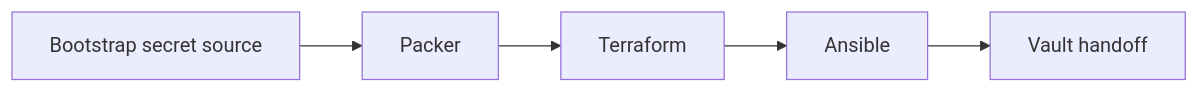
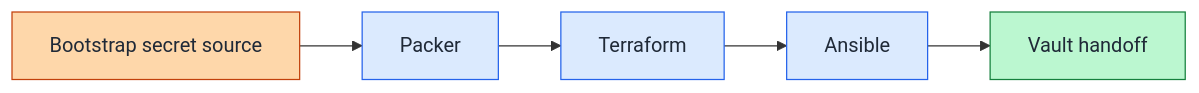
One commit to Rexus/homelab changed the second of 2 diagrams in docs/architecture/overview.md. Above: the diagram before and after it, drawn with Mermaid. The commit also changed other lines of this file and 22 other files, not shown here.

````diff
--- a/docs/architecture/overview.md
+++ b/docs/architecture/overview.md
@@ -81,7 +81,15 @@
 ```mermaid
 flowchart LR
   A["Bootstrap secret source"] --> B["Packer"]
   B --> C["Terraform"]
   C --> D["Ansible"]
   D --> E["Vault handoff"]
+
+  classDef mgmtNode fill:#fed7aa,stroke:#c2410c,color:#1f2937
+  classDef buildNode fill:#dbeafe,stroke:#2563eb,color:#1f2937
+  classDef vaultNode fill:#bbf7d0,stroke:#15803d,color:#1f2937
+
+  class A mgmtNode
+  class B,C,D buildNode
+  class E vaultNode
 ```
````
